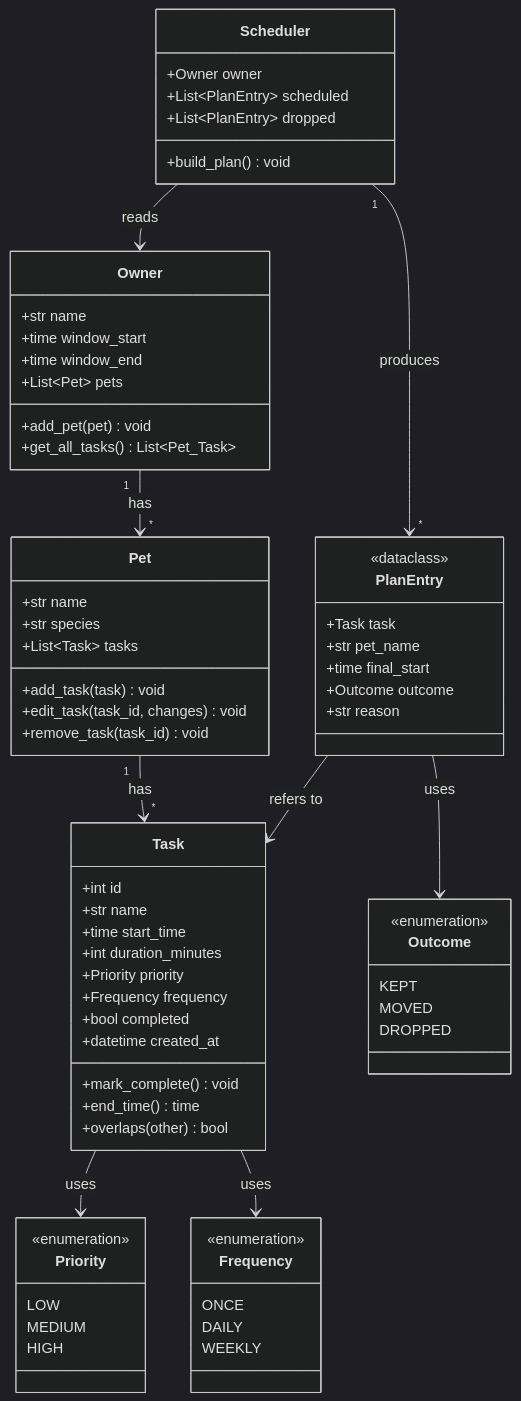
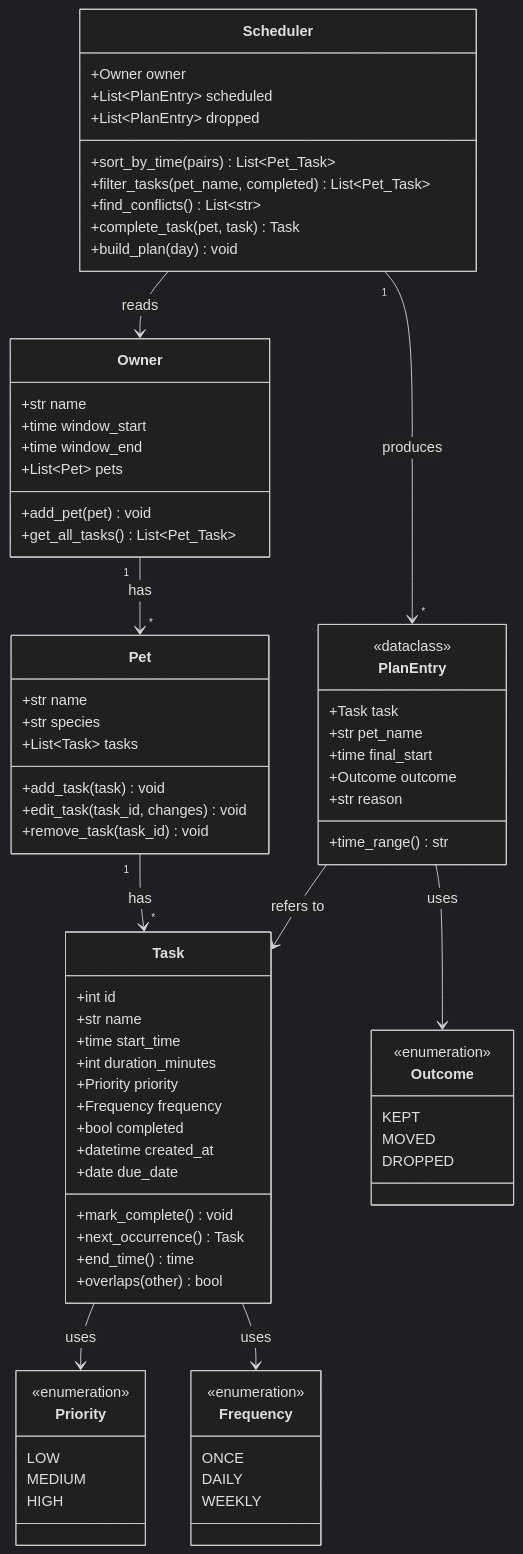
Before and after one commit to HaKh27/ai110-module2show-pawpal-starter: the diagram in diagrams/uml.mmd, drawn with Mermaid (dark theme). The commit also changed 7 other files, not shown here.

```diff
--- a/diagrams/uml.mmd
+++ b/diagrams/uml.mmd
@@ -1,78 +1,85 @@
 classDiagram
     class Owner {
         +str name
         +time window_start
         +time window_end
         +List~Pet~ pets
         +add_pet(pet) void
         +get_all_tasks() List~Pet_Task~
     }
 
     class Pet {
         +str name
         +str species
         +List~Task~ tasks
         +add_task(task) void
         +edit_task(task_id, changes) void
         +remove_task(task_id) void
     }
 
     class Task {
         +int id
         +str name
         +time start_time
         +int duration_minutes
         +Priority priority
         +Frequency frequency
         +bool completed
         +datetime created_at
+        +date due_date
         +mark_complete() void
+        +next_occurrence() Task
         +end_time() time
         +overlaps(other) bool
     }
 
     class Priority {
         <<enumeration>>
         LOW
         MEDIUM
         HIGH
     }
 
     class Scheduler {
         +Owner owner
         +List~PlanEntry~ scheduled
         +List~PlanEntry~ dropped
-        +build_plan() void
+        +sort_by_time(pairs) List~Pet_Task~
+        +filter_tasks(pet_name, completed) List~Pet_Task~
+        +find_conflicts() List~str~
+        +complete_task(pet, task) Task
+        +build_plan(day) void
     }
 
     class PlanEntry {
         <<dataclass>>
         +Task task
         +str pet_name
         +time final_start
         +Outcome outcome
         +str reason
+        +time_range() str
     }
 
     class Frequency {
         <<enumeration>>
         ONCE
         DAILY
         WEEKLY
     }
 
     class Outcome {
         <<enumeration>>
         KEPT
         MOVED
         DROPPED
     }
 
     Owner "1" --> "*" Pet : has
     Pet "1" --> "*" Task : has
     Task --> Priority : uses
     Task --> Frequency : uses
     Scheduler --> Owner : reads
     Scheduler "1" --> "*" PlanEntry : produces
     PlanEntry --> Task : refers to
     PlanEntry --> Outcome : uses
```
